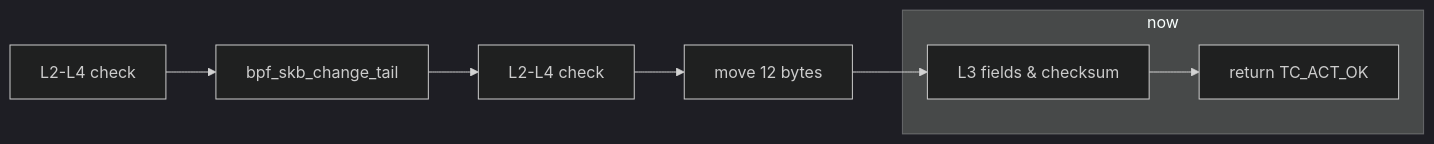
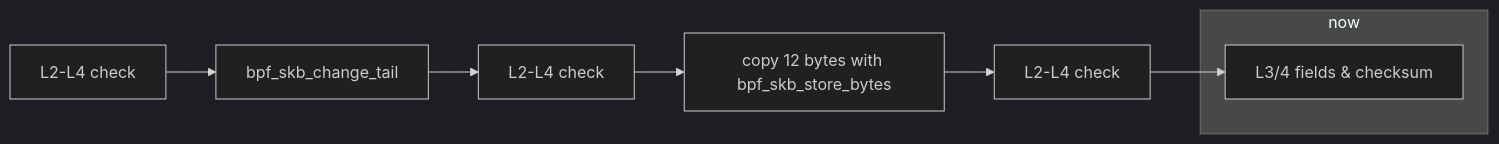
One commit to myl7/xdptun changed the fifth of 11 diagrams in docs/thesis/pre/slides.md. Above: the diagram before and after it, drawn with Mermaid (dark theme). The commit also changed other lines of this file and 1 other file, not shown here.

Commit message:
Update process and enhance check in ingress

````diff
--- a/docs/thesis/pre/slides.md
+++ b/docs/thesis/pre/slides.md
@@ -263,8 +267,7 @@
 ```mermaid
 flowchart LR
-  S1[L2-L4 check] --> S2[bpf_skb_change_tail] --> S3[L2-L4 check] --> S4[move 12 bytes] --> S5[L3 fields & checksum] --> S6[return TC_ACT_OK]
+  S1[L2-L4 check] --> S2[bpf_skb_change_tail] --> S3[L2-L4 check] --> S4[copy 12 bytes with bpf_skb_store_bytes] --> S5[L2-L4 check] --> S6[L3/4 fields & checksum]
   subgraph now
-    S5
     S6
   end
 ```
````
